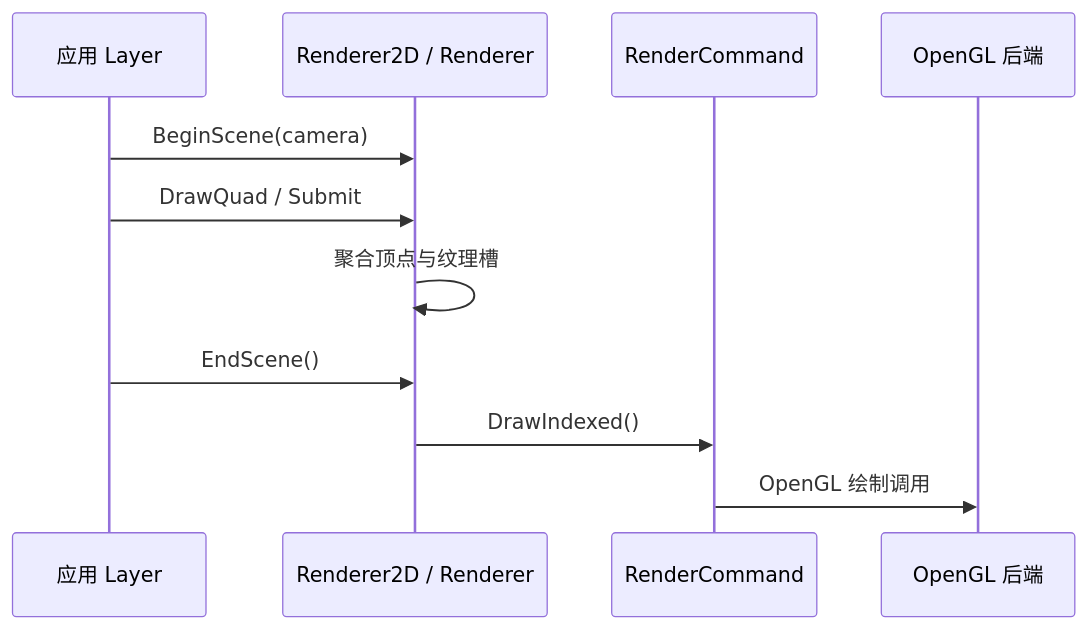
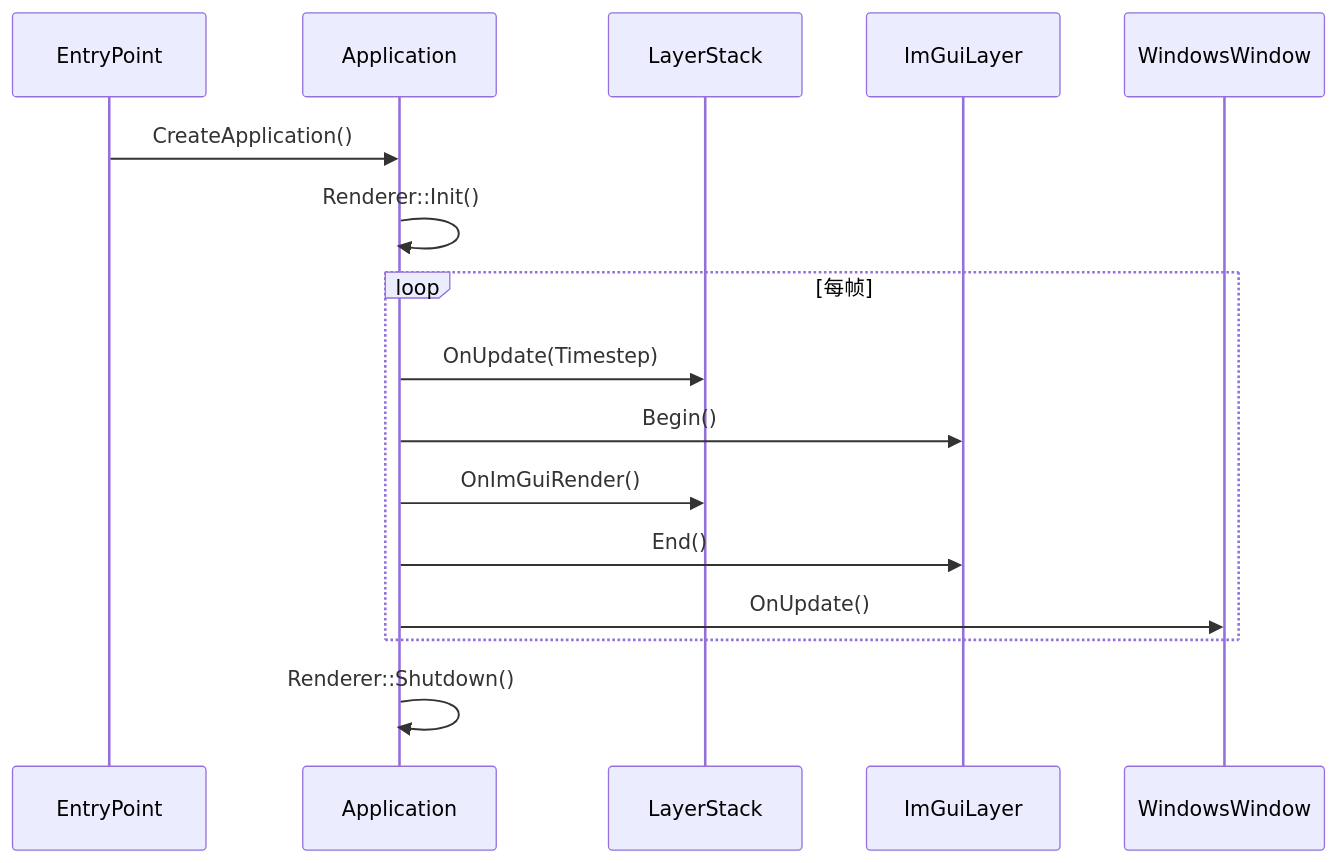
The second of 7 diagrams in ARCHITECTURE.md (Ch1aki7/Glimmer), drawn with Mermaid before and after one commit. The commit also changed other lines of this file and 4 other files, not shown here.

````diff
--- a/ARCHITECTURE.md
+++ b/ARCHITECTURE.md
@@ -103,13 +85,18 @@
 ```mermaid
 sequenceDiagram
-    participant Layer as 应用 Layer
-    participant R2D as Renderer2D / Renderer
-    participant API as RenderCommand
-    participant GL as OpenGL 后端
-    Layer->>R2D: BeginScene(camera)
-    Layer->>R2D: DrawQuad / Submit
-    R2D->>R2D: 聚合顶点与纹理槽
-    Layer->>R2D: EndScene()
-    R2D->>API: DrawIndexed()
-    API->>GL: OpenGL 绘制调用
+    participant Entry as EntryPoint
+    participant App as Application
+    participant Layers as LayerStack
+    participant UI as ImGuiLayer
+    participant Window as WindowsWindow
+    Entry->>App: CreateApplication()
+    App->>App: Renderer::Init()
+    loop 每帧
+        App->>Layers: OnUpdate(Timestep)
+        App->>UI: Begin()
+        App->>Layers: OnImGuiRender()
+        App->>UI: End()
+        App->>Window: OnUpdate()
+    end
+    App->>App: Renderer::Shutdown()
 ```
````
